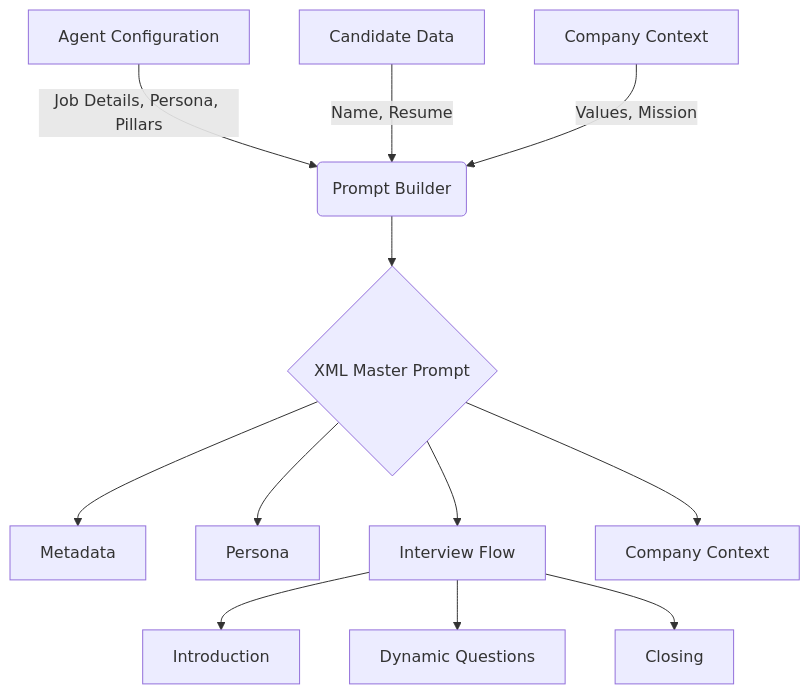
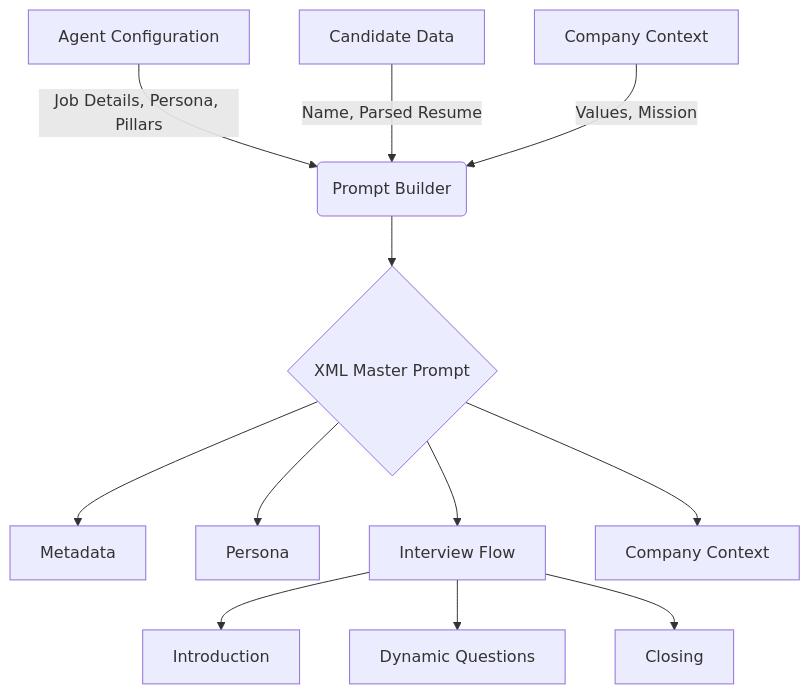
The first of 2 diagrams in README.md (programmerraja/HiringAI), drawn with Mermaid before and after one commit. The commit also changed other lines of this file and 4 other files, not shown here.

````diff
--- a/README.md
+++ b/README.md
@@ -37,17 +37,17 @@
 ```mermaid
 graph TD
     A[Agent Configuration] -->|Job Details, Persona, Pillars| B(Prompt Builder)
-    C[Candidate Data] -->|Name, Resume| B
+    C[Candidate Data] -->|Name, Parsed Resume| B
     D[Company Context] -->|Values, Mission| B
     
     B --> E{XML Master Prompt}
     
     E --> F["Metadata"]
     E --> G["Persona"]
     E --> H["Interview Flow"]
     E --> I["Company Context"]
     
     H --> J[Introduction]
     H --> K[Dynamic Questions]
     H --> L[Closing]
 ```
````
